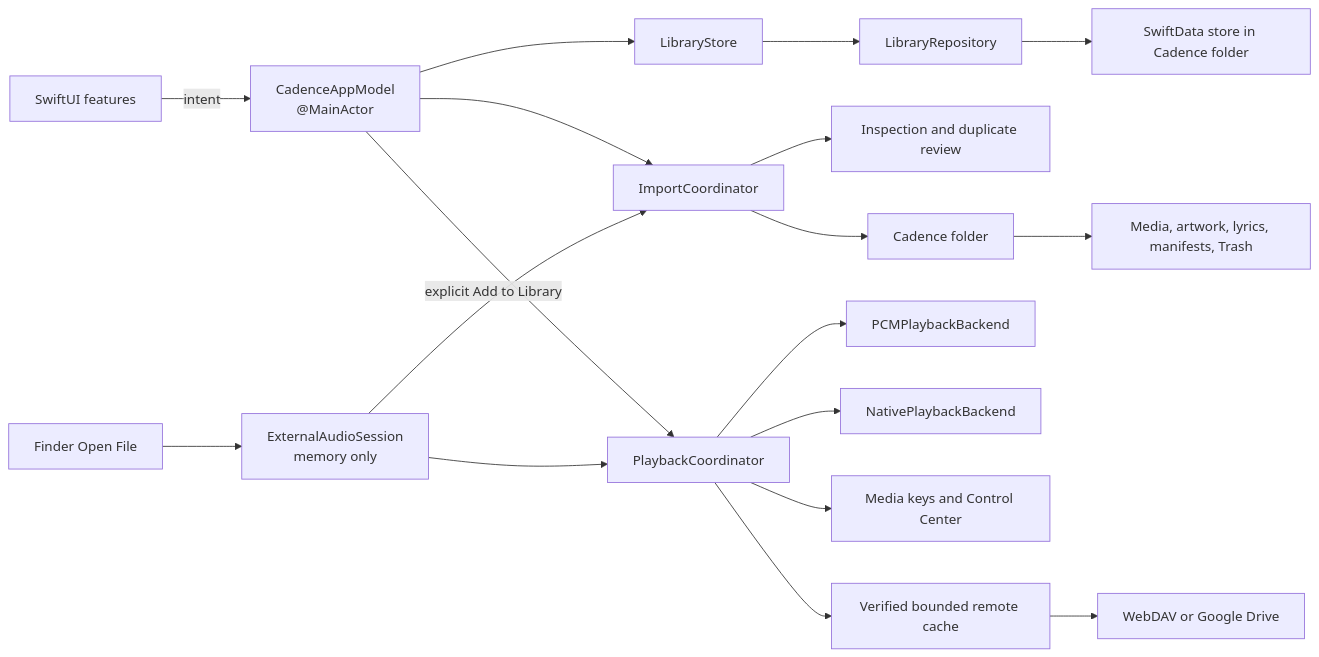
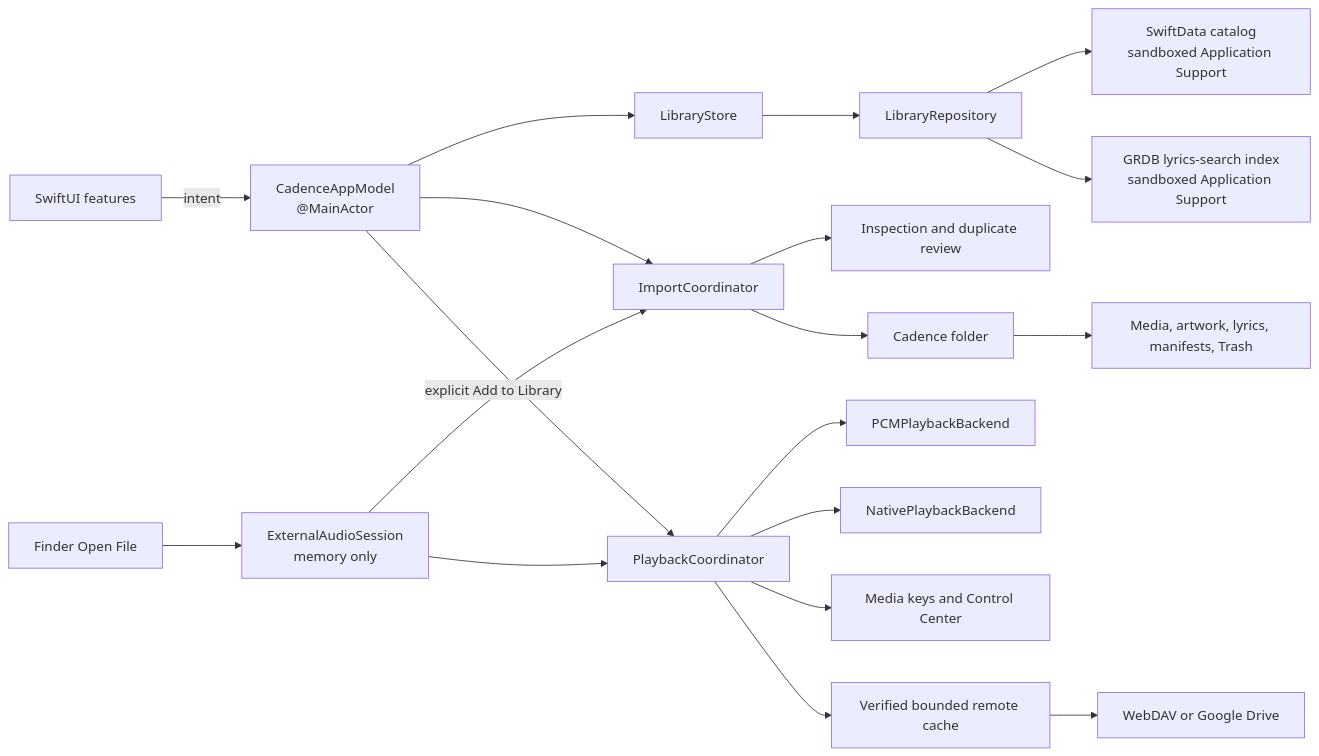
Before and after one commit to qenterra/cadence: the diagram in docs/ARCHITECTURE.md, drawn with Mermaid. The commit also changed other lines of this file and 222 other files, not shown here.

````diff
--- a/docs/ARCHITECTURE.md
+++ b/docs/ARCHITECTURE.md
@@ -8,20 +8,21 @@
 ```mermaid
 flowchart LR
     UI["SwiftUI features"] -->|"intent"| Model["CadenceAppModel<br/>@MainActor"]
     Model --> Store["LibraryStore"]
     Store --> Repository["LibraryRepository"]
-    Repository --> SwiftData["SwiftData store in Cadence folder"]
+    Repository --> SwiftData["SwiftData catalog<br/>sandboxed Application Support"]
+    Repository --> Search["GRDB lyrics-search index<br/>sandboxed Application Support"]
     Model --> Import["ImportCoordinator"]
     Import --> Inspector["Inspection and duplicate review"]
     Import --> Managed["Cadence folder"]
     Model --> Playback["PlaybackCoordinator"]
     OpenFile["Finder Open File"] --> External["ExternalAudioSession<br/>memory only"]
     External --> Playback
     External -->|"explicit Add to Library"| Import
     Playback --> PCM["PCMPlaybackBackend"]
     Playback --> Native["NativePlaybackBackend"]
     Playback --> System["Media keys and Control Center"]
     Managed --> Media["Media, artwork, lyrics, manifests, Trash"]
     Playback --> RemoteCache["Verified bounded remote cache"]
     RemoteCache --> Providers["WebDAV or Google Drive"]
 ```
````
